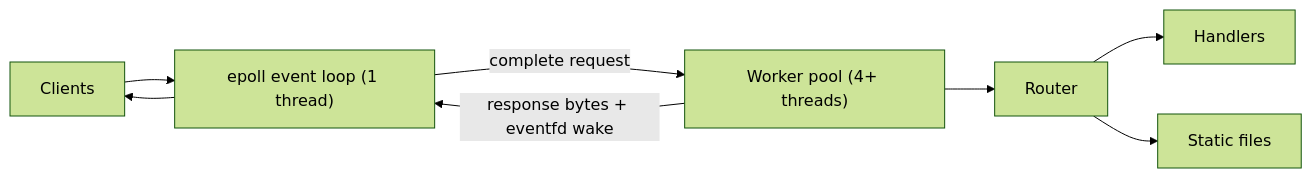
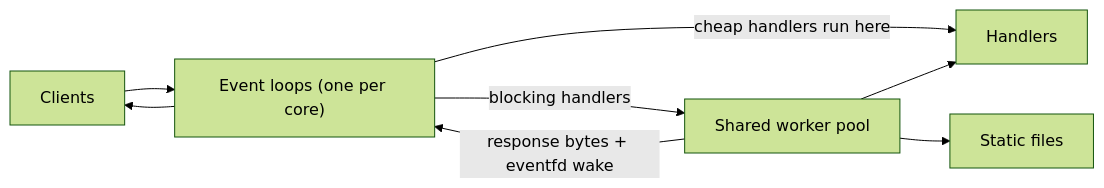
One commit to nerofly126-oss/cpp-http-server changed the diagram in README.md. Above: the diagram before and after it, drawn with Mermaid (forest theme). The commit also changed other lines of this file and 11 other files, not shown here.

Commit message:
Phase 7: one event loop per core, SO_REUSEPORT, cheap handlers on the loop; nginx benchmark

````diff
--- a/README.md
+++ b/README.md
@@ -19,10 +19,10 @@
 ```mermaid
 flowchart LR
-    C["Clients"] --> L["epoll event loop (1 thread)"]
-    L -->|"complete request"| P["Worker pool (4+ threads)"]
-    P --> R["Router"]
-    R --> H["Handlers"]
-    R --> S["Static files"]
+    C["Clients"] --> L["Event loops (one per core)"]
+    L -->|"cheap handlers run here"| H["Handlers"]
+    L -->|"blocking handlers"| P["Shared worker pool"]
+    P --> H
+    P --> S["Static files"]
     P -->|"response bytes + eventfd wake"| L
     L --> C
 ```
````
